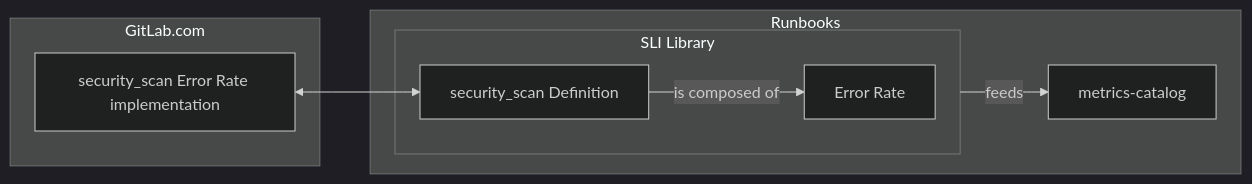
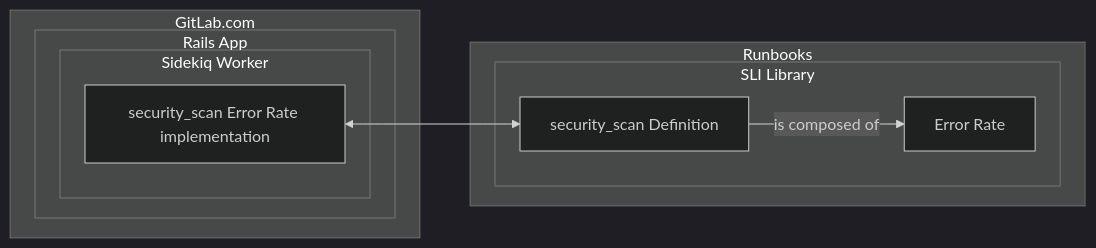
The second of 3 diagrams in metrics-catalog/gitlab-slis/README.md (mattrussi/gitlab-com-runbooks), drawn with Mermaid (dark theme) before and after one commit. The commit also changed other lines of this file, not shown here.

````diff
--- a/metrics-catalog/gitlab-slis/README.md
+++ b/metrics-catalog/gitlab-slis/README.md
@@ -66,25 +67,25 @@
 ```mermaid
 ---
 security_scan SLI
 ---
 flowchart LR
     subgraph GitLab.com
-        sliImpl[security_scan Error Rate implementation]
+        subgraph app[Rails App]
+            subgraph worker[Sidekiq Worker]
+                sliImpl[security_scan Error Rate implementation]
+            end
+        end
     end
 
     subgraph Runbooks
         subgraph sliLib[SLI Library]
             errorRate[Error Rate]
 
             sliDef[security_scan Definition]
 
             sliDef --is composed of --> errorRate
         end
-
-        metrics-catalog
-
-        sliLib --feeds--> metrics-catalog
     end
 
     sliImpl <--> sliDef
 ```
````
